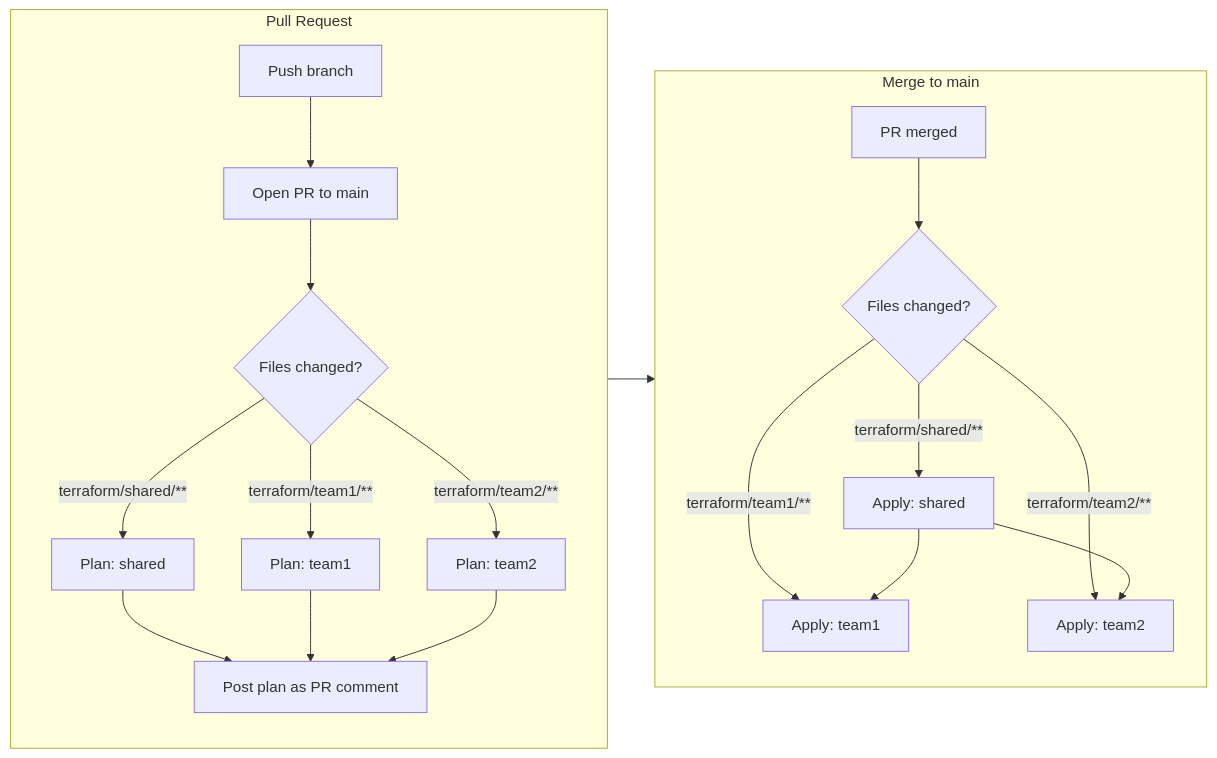
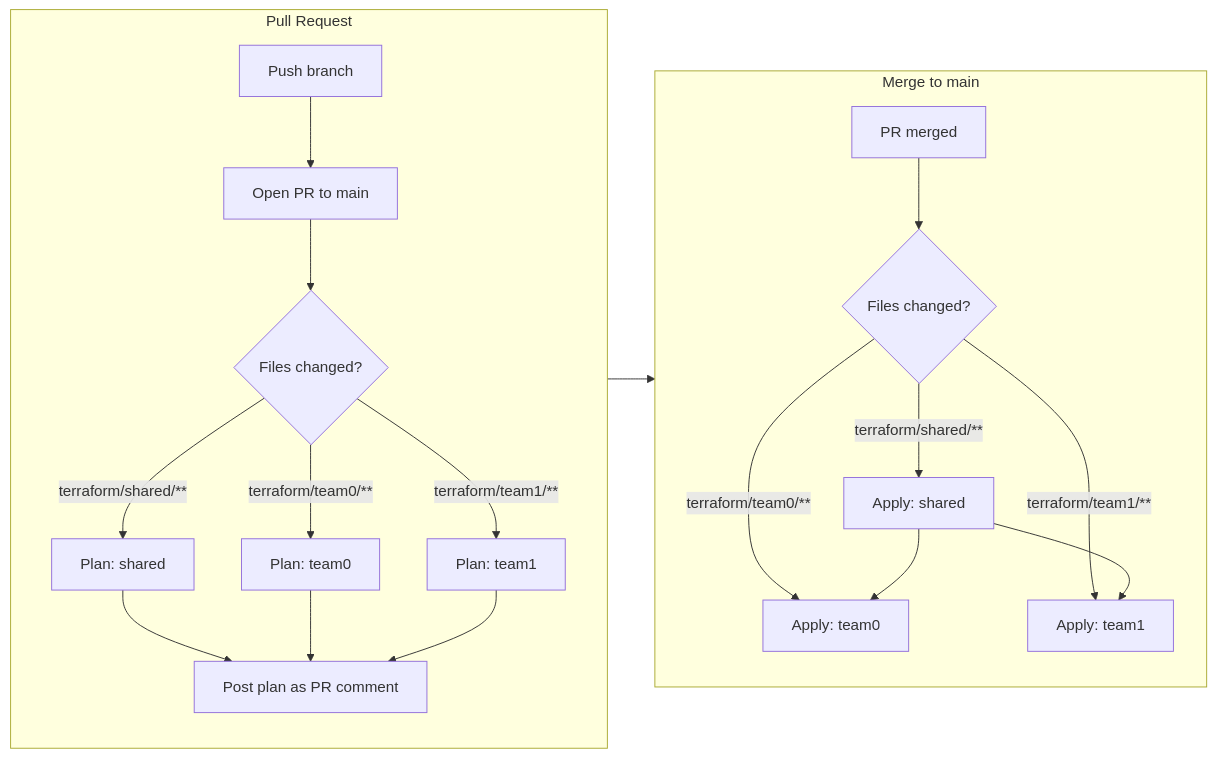
The diagram in README.md (MadeleineFrohnholzer/AWS-Upskilling-Hackathon), drawn with Mermaid before and after one commit. The commit also changed other lines of this file and 15 other files, not shown here.

````diff
--- a/README.md
+++ b/README.md
@@ -70,24 +70,24 @@
 ```mermaid
 flowchart LR
     subgraph PR ["Pull Request"]
         A[Push branch] --> B[Open PR to main]
         B --> C{Files changed?}
         C -->|terraform/shared/**| D[Plan: shared]
-        C -->|terraform/team1/**| E[Plan: team1]
-        C -->|terraform/team2/**| F[Plan: team2]
+        C -->|terraform/team0/**| E[Plan: team0]
+        C -->|terraform/team1/**| F[Plan: team1]
         D --> G[Post plan as PR comment]
         E --> G
         F --> G
     end
 
     subgraph Merge ["Merge to main"]
         H[PR merged] --> I{Files changed?}
         I -->|terraform/shared/**| J[Apply: shared]
-        I -->|terraform/team1/**| K[Apply: team1]
-        I -->|terraform/team2/**| L[Apply: team2]
+        I -->|terraform/team0/**| K[Apply: team0]
+        I -->|terraform/team1/**| L[Apply: team1]
         J --> K
         J --> L
     end
 
     PR --> Merge
 ```
````
